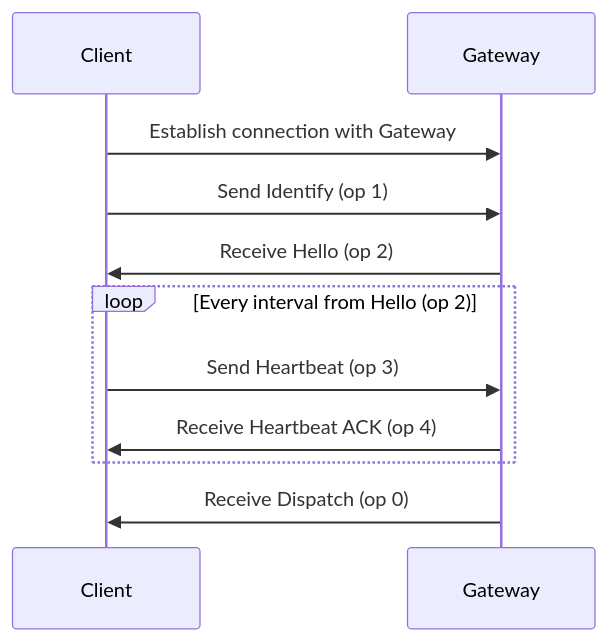
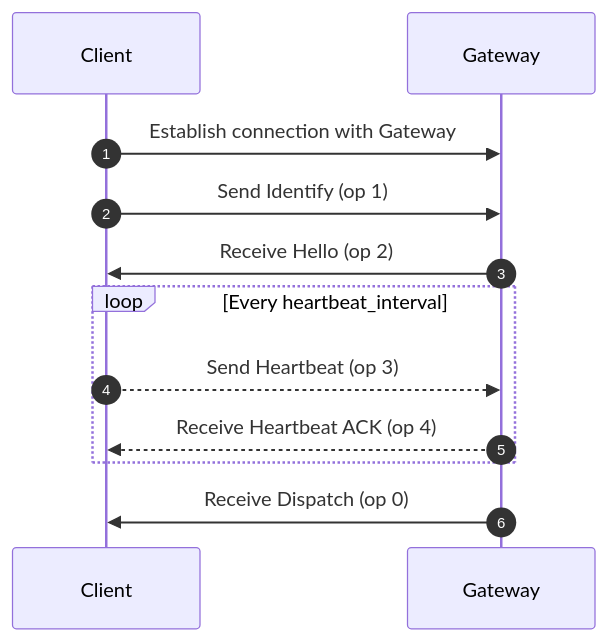
Before and after one commit to foxocorp/foxochat-docs: the diagram in src/content/gateway.mdx, drawn with Mermaid.

Commit message:
Add numbers to diagram

````diff
--- a/src/content/gateway.mdx
+++ b/src/content/gateway.mdx
@@ -101,11 +101,14 @@
 ```mermaid
 sequenceDiagram
+    autonumber
+    participant Client
+    participant Gateway
     Client->>Gateway: Establish connection with Gateway
     Client->>Gateway: Send Identify (op 1)
     Gateway->>Client: Receive Hello (op 2)
-    loop Every interval from Hello (op 2)
-        Client->>Gateway: Send Heartbeat (op 3)
-        Gateway->>Client: Receive Heartbeat ACK (op 4)
+    loop Every heartbeat_interval
+        Client-->>Gateway: Send Heartbeat (op 3)
+        Gateway-->>Client: Receive Heartbeat ACK (op 4)
     end
     Gateway->>Client: Receive Dispatch (op 0)
 ```
````
